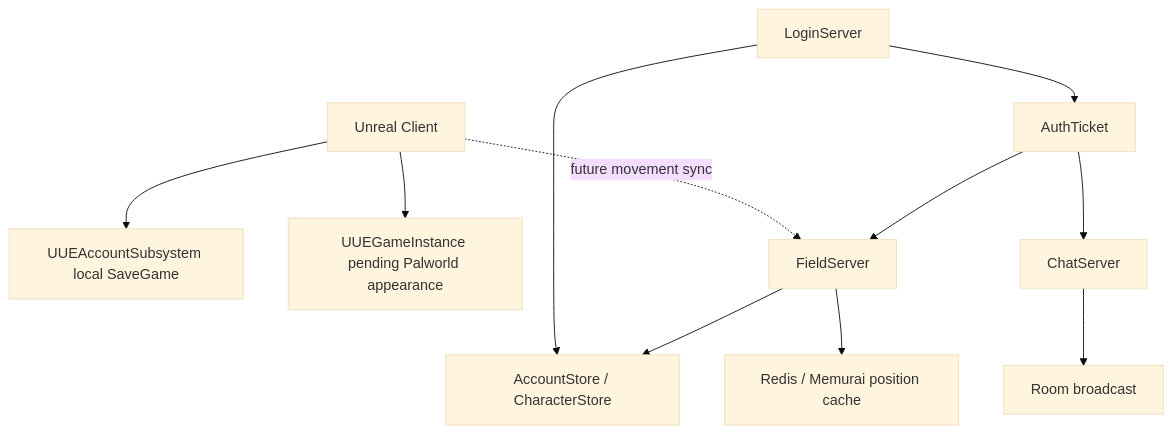
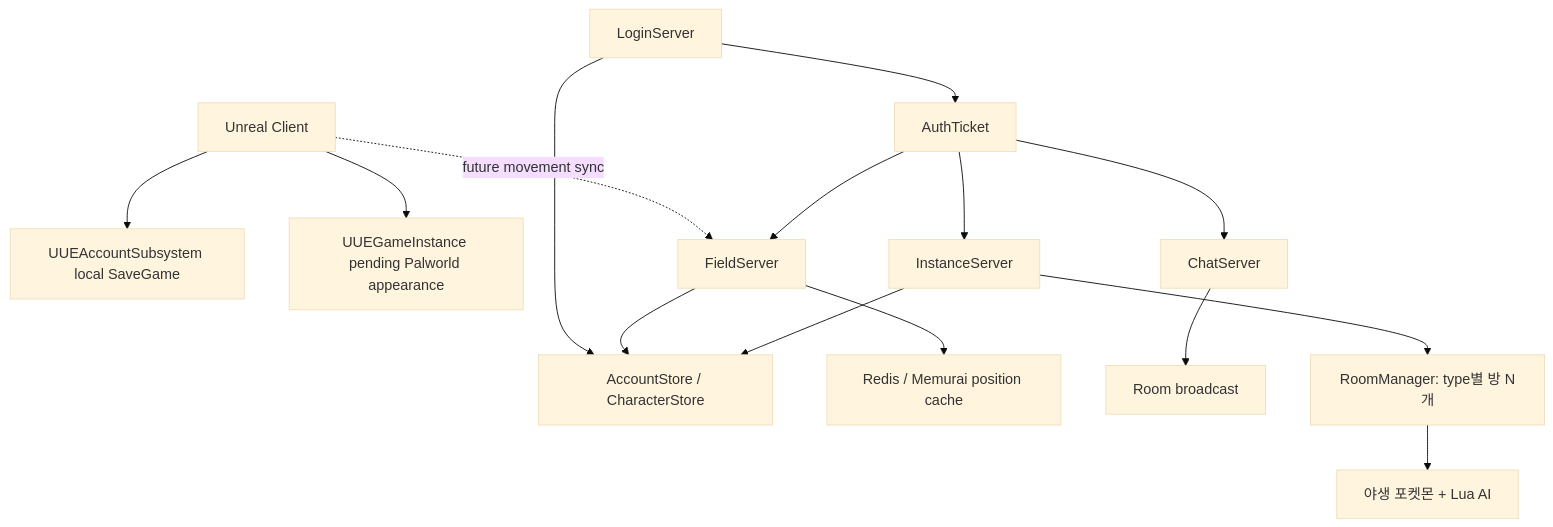
One commit to kirby47navercom-ai/HeavenHyperVoice changed the third of 3 diagrams in README.md. Above: the diagram before and after it, drawn with Mermaid (base theme). The commit also changed other lines of this file, not shown here.

Commit message:
docs: README 에 InstanceServer 를 넣는다

````diff
--- a/README.md
+++ b/README.md
@@ -508,13 +509,17 @@
 ```mermaid
 flowchart TD
     Client["Unreal Client"] --> LocalLogin["UUEAccountSubsystem local SaveGame"]
     Client --> PendingAppearance["UUEGameInstance pending Palworld appearance"]
     Client -.future movement sync.-> FieldServer["FieldServer"]
     LoginServer["LoginServer"] --> DataStore["AccountStore / CharacterStore"]
     FieldServer --> DataStore
     FieldServer --> Redis["Redis / Memurai position cache"]
     LoginServer --> Ticket["AuthTicket"]
     Ticket --> FieldServer
     Ticket --> ChatServer["ChatServer"]
+    Ticket --> InstanceServer["InstanceServer"]
     ChatServer --> Room["Room broadcast"]
+    InstanceServer --> Rooms["RoomManager: type별 방 N개"]
+    Rooms --> Wild["야생 포켓몬 + Lua AI"]
+    InstanceServer --> DataStore
 ```
````
